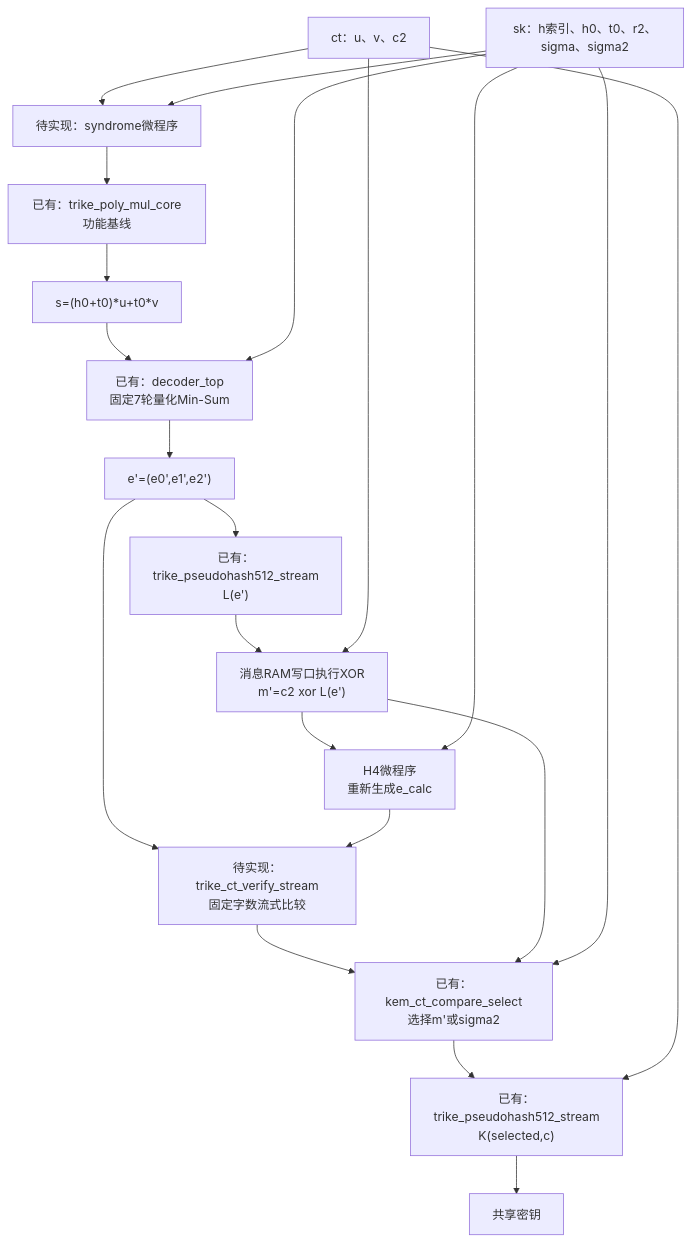
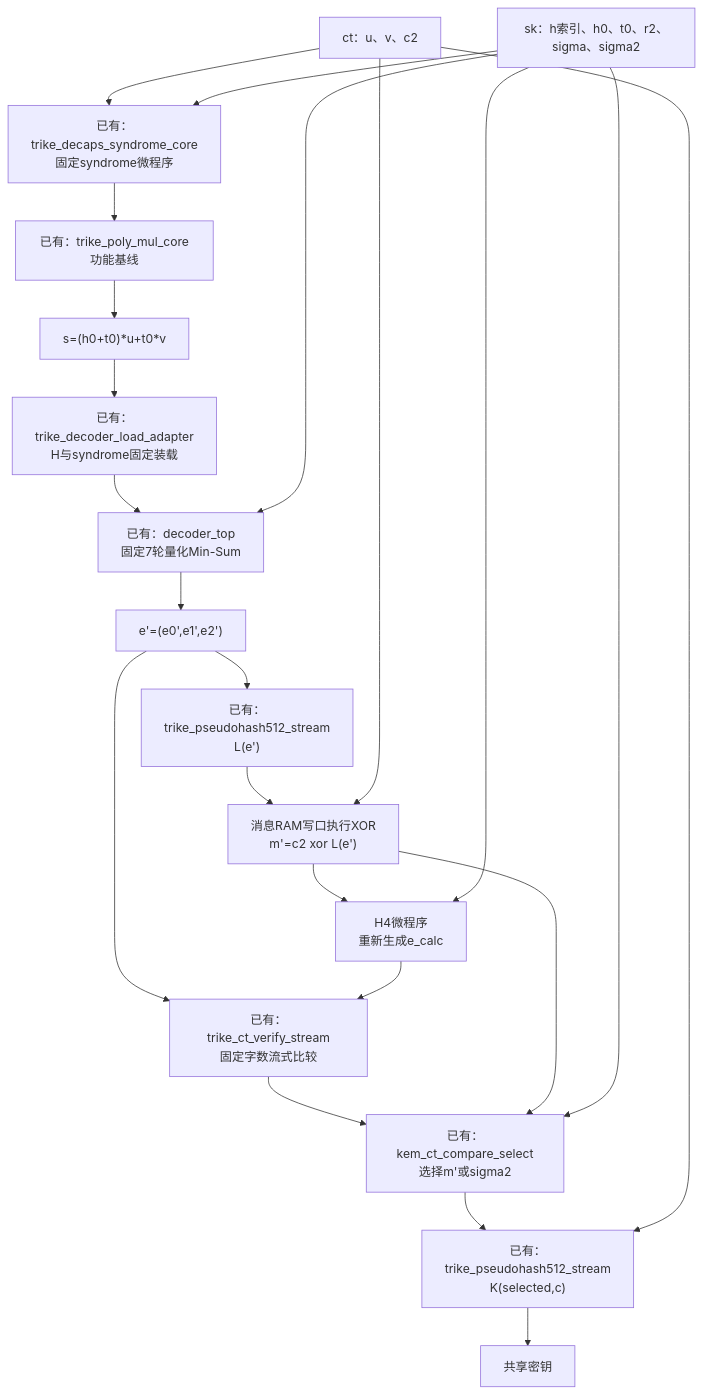
One commit to z2901550610/Min_Sum changed the third of 8 diagrams in docs/design/trike_kem_common_cores.md. Above: the diagram before and after it, drawn with Mermaid. The commit also changed other lines of this file and 37 other files, not shown here.

First line of the commit message:
feat(trike): add Min-Sum decaps pipeline and verification targets

````diff
--- a/docs/design/trike_kem_common_cores.md
+++ b/docs/design/trike_kem_common_cores.md
@@ -134,26 +141,27 @@
 ```mermaid
 flowchart TD
-    CT["ct：u、v、c2"] --> SYN["待实现：syndrome微程序"]
+    CT["ct：u、v、c2"] --> SYN["已有：trike_decaps_syndrome_core<br/>固定syndrome微程序"]
     SK["sk：h索引、h0、t0、r2、sigma、sigma2"] --> SYN
     SYN --> PMUL["已有：trike_poly_mul_core功能基线"]
     PMUL --> S["s=(h0+t0)*u+t0*v"]
 
-    S --> DEC["已有：decoder_top<br/>固定7轮量化Min-Sum"]
+    S --> LOAD["已有：trike_decoder_load_adapter<br/>H与syndrome固定装载"]
+    LOAD --> DEC["已有：decoder_top<br/>固定7轮量化Min-Sum"]
     SK --> DEC
     DEC --> EP["e'=(e0',e1',e2')"]
 
     EP --> L["已有：trike_pseudohash512_stream<br/>L(e')"]
     L --> MP["消息RAM写口执行XOR<br/>m'=c2 xor L(e')"]
     CT --> MP
     MP --> H4["H4微程序<br/>重新生成e_calc"]
     SK --> H4
 
-    EP --> VERIFY["待实现：trike_ct_verify_stream<br/>固定字数流式比较"]
+    EP --> VERIFY["已有：trike_ct_verify_stream<br/>固定字数流式比较"]
     H4 --> VERIFY
     VERIFY --> SELECT["已有：kem_ct_compare_select<br/>选择m'或sigma2"]
     MP --> SELECT
     SK --> SELECT
     SELECT --> K["已有：trike_pseudohash512_stream<br/>K(selected,c)"]
     CT --> K
     K --> SS["共享密钥"]
 ```
````
